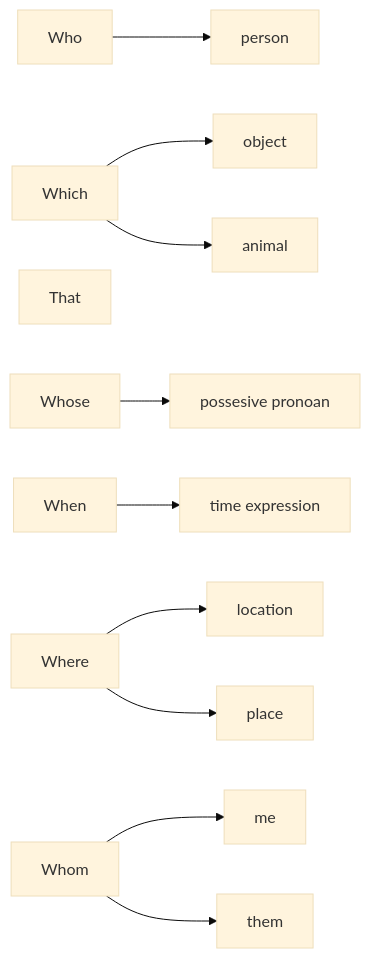
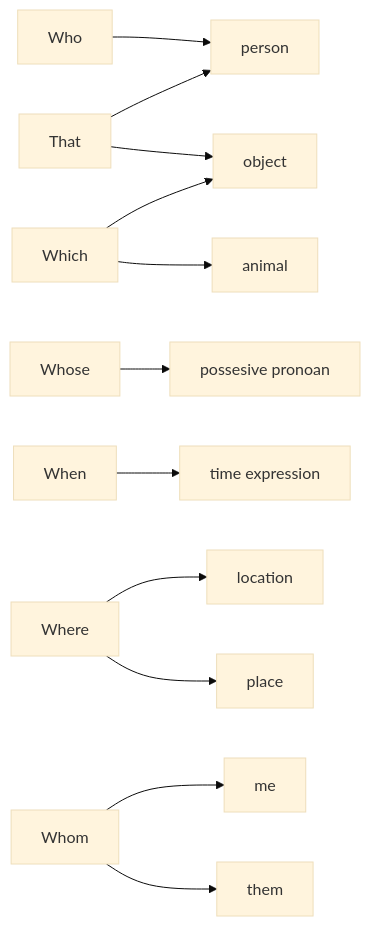
One commit to filename24/obsidian changed the diagram in Classes/English/Relative clase.md. Above: the diagram before and after it, drawn with Mermaid (base theme). The commit also changed other lines of this file and 1 other file, not shown here.

````diff
--- a/Classes/English/Relative clase.md
+++ b/Classes/English/Relative clase.md
@@ -1,26 +1,27 @@
 ```mermaid
 flowchart LR
 	Who
 	Which
 	That
 	Whose
 	When
 	Where
 	
 	person
 	object
 	animal
 	pp["possesive pronoan"]
 	me
 	them
 	te["time expression"]
 	location
 	place
 
 	Who --> person
 	Which --> object & animal
+	That --> person & object
 	Whose --> pp
 	Whom --> me & them
 	When --> te
 	Where --> location & place
 ```
````
